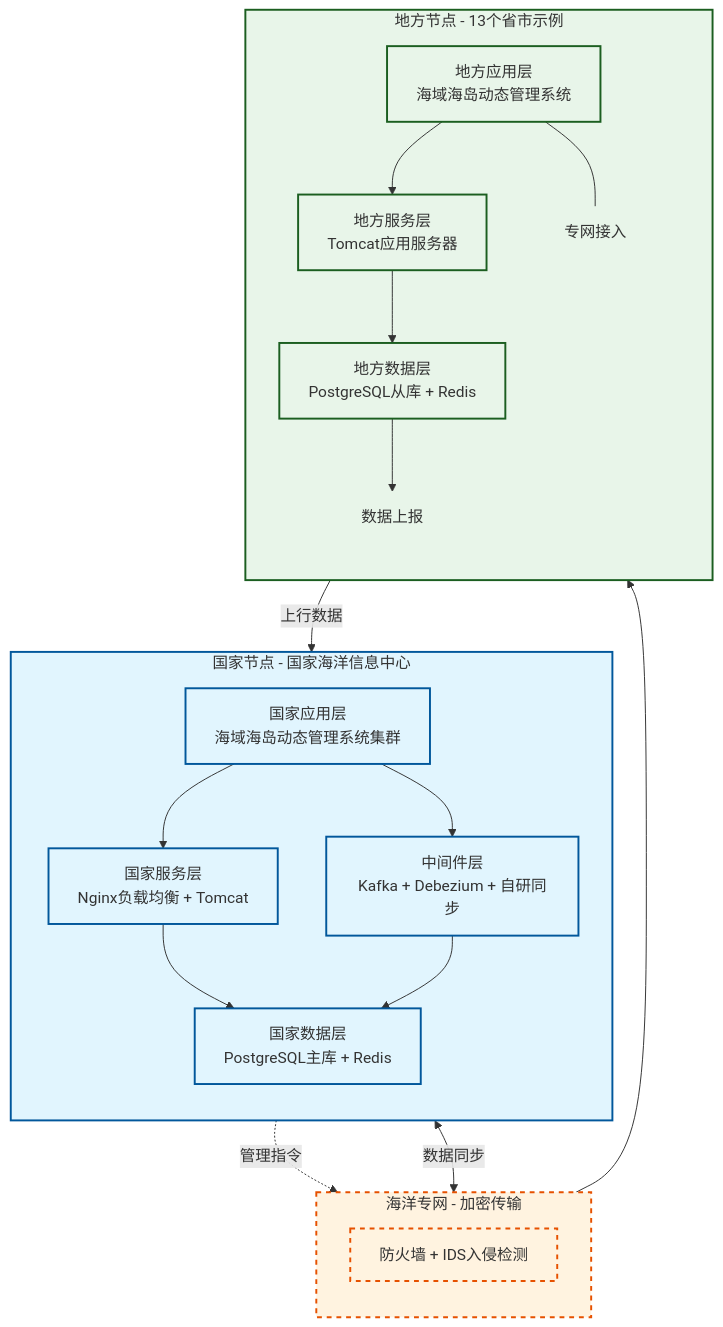
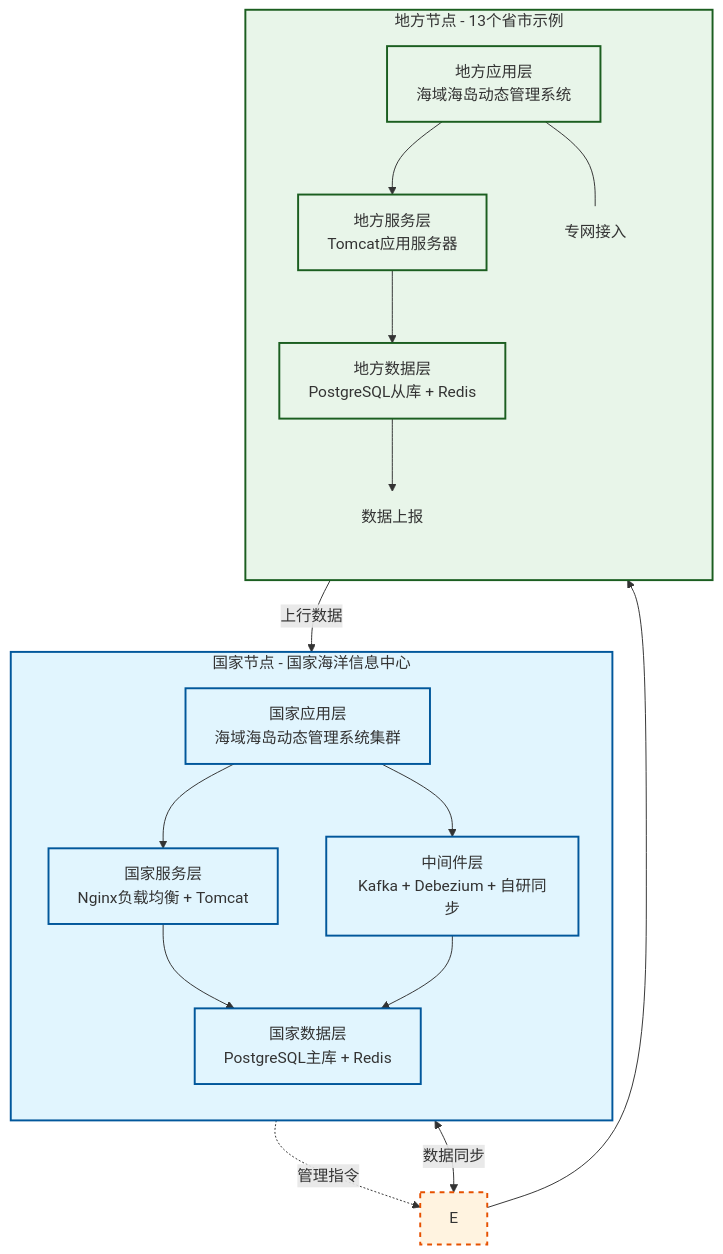
Before and after one commit to MyJohn2/iodraw-files: the diagram in all/未命名-1.md, drawn with Mermaid.

Commit message:
2026-03-03 15:04:17 update

````diff
--- a/all/未命名-1.md
+++ b/all/未命名-1.md
@@ -1,55 +1,52 @@
 ```mermaid
 flowchart TD
     %% 定义样式
     classDef nation fill:#e1f5fe,stroke:#01579b,stroke-width:2px;
     classDef network fill:#fff3e0,stroke:#e65100,stroke-width:2px,stroke-dasharray: 5 5;
     classDef local fill:#e8f5e9,stroke:#1b5e20,stroke-width:2px;
 
     subgraph NationNode [国家节点 - 国家海洋信息中心]
         direction TB
         A[国家应用层<br/>海域海岛动态管理系统集群]
         B[国家服务层<br/>Nginx负载均衡 + Tomcat]
         C[国家数据层<br/>PostgreSQL主库 + Redis]
         D[中间件层<br/>Kafka + Debezium + 自研同步]
         
         A --> B
         B --> C
         A --> D
         D --> C
     end
     
-    subgraph SecureNet [海洋专网 - 加密传输]
-        direction TB
-        E[防火墙 + IDS入侵检测]
-    end
+
     
     subgraph LocalNode [地方节点 - 13个省市示例]
         direction TB
         F[地方应用层<br/>海域海岛动态管理系统]
         G[地方服务层<br/>Tomcat应用服务器]
         H[地方数据层<br/>PostgreSQL从库 + Redis]
         
         F --> G
         G --> H
         F --- E_Link[专网接入]
         H --> D_Link[数据上报]
     end
 
     %% 跨子图连接 (连接具体节点而非子图名称)
     A -.->|管理指令 | E
     E --> F
     D <-->|数据同步 | E
     H -->|上行数据 | D
 
     %% 应用样式
     class NationNode,A,B,C,D nation;
     class SecureNet,E network;
     class LocalNode,F,G,H local;
     
     %% 隐藏用于逻辑连接的辅助节点样式
     style E_Link fill:none,stroke:none;
     style D_Link fill:none,stroke:none;
 
 
 
 ```
````
